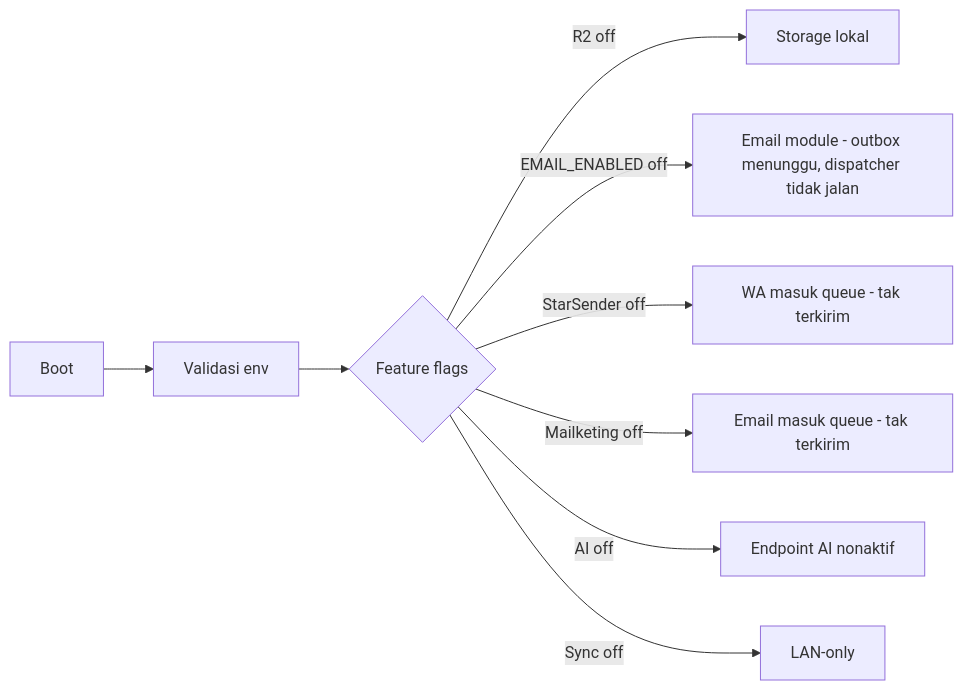
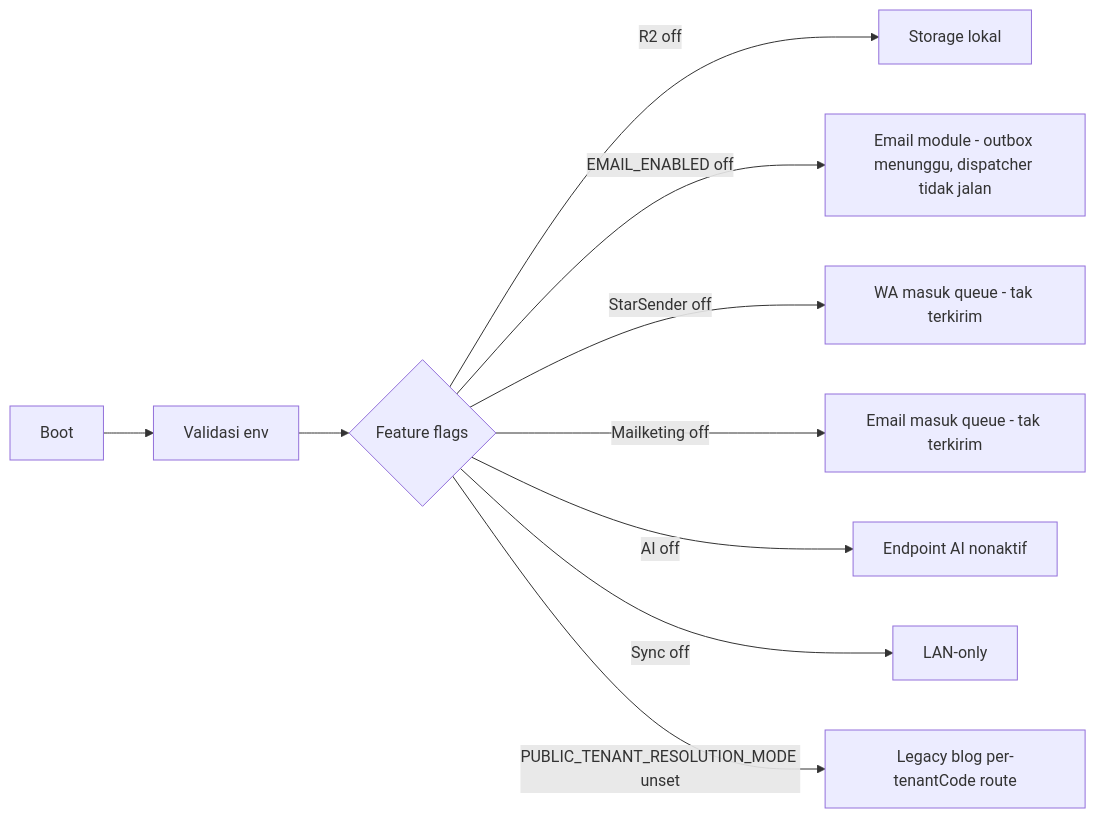
One commit to ahliweb/awcms-mini changed the second of 3 diagrams in docs/awcms-mini/18_configuration_env_reference.md. Above: the diagram before and after it, drawn with Mermaid. The commit also changed other lines of this file and 7 other files, not shown here.

First line of the commit message:
feat(config): add online public tenant routing mode config (Issue #556) (#568)

````diff
--- a/docs/awcms-mini/18_configuration_env_reference.md
+++ b/docs/awcms-mini/18_configuration_env_reference.md
@@ -145,11 +193,12 @@
 ```mermaid
 flowchart LR
   Boot[Boot] --> Val[Validasi env]
   Val --> Flags{Feature flags}
   Flags -->|R2 off| L[Storage lokal]
   Flags -->|EMAIL_ENABLED off| Q0[Email module - outbox menunggu, dispatcher tidak jalan]
   Flags -->|StarSender off| Q1[WA masuk queue - tak terkirim]
   Flags -->|Mailketing off| Q2[Email masuk queue - tak terkirim]
   Flags -->|AI off| NoAi[Endpoint AI nonaktif]
   Flags -->|Sync off| LanOnly[LAN-only]
+  Flags -->|PUBLIC_TENANT_RESOLUTION_MODE unset| LegacyBlog[Legacy blog per-tenantCode route]
 ```
````
